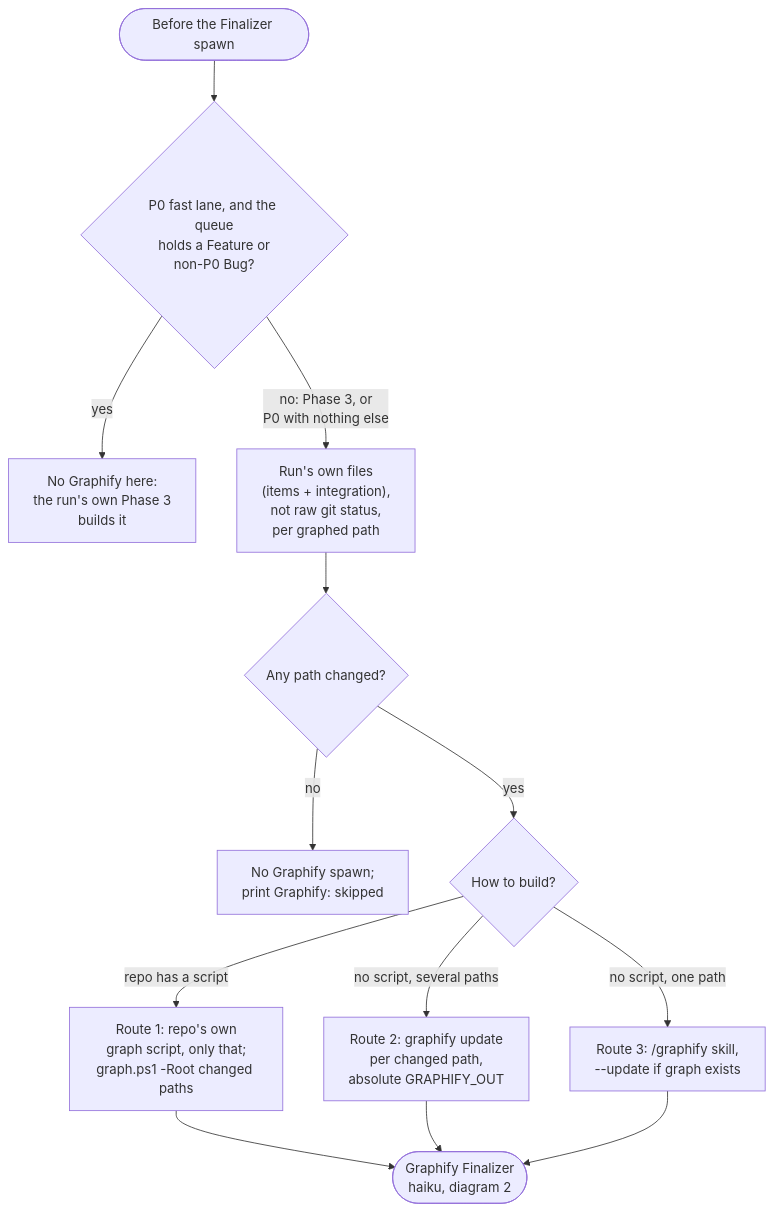
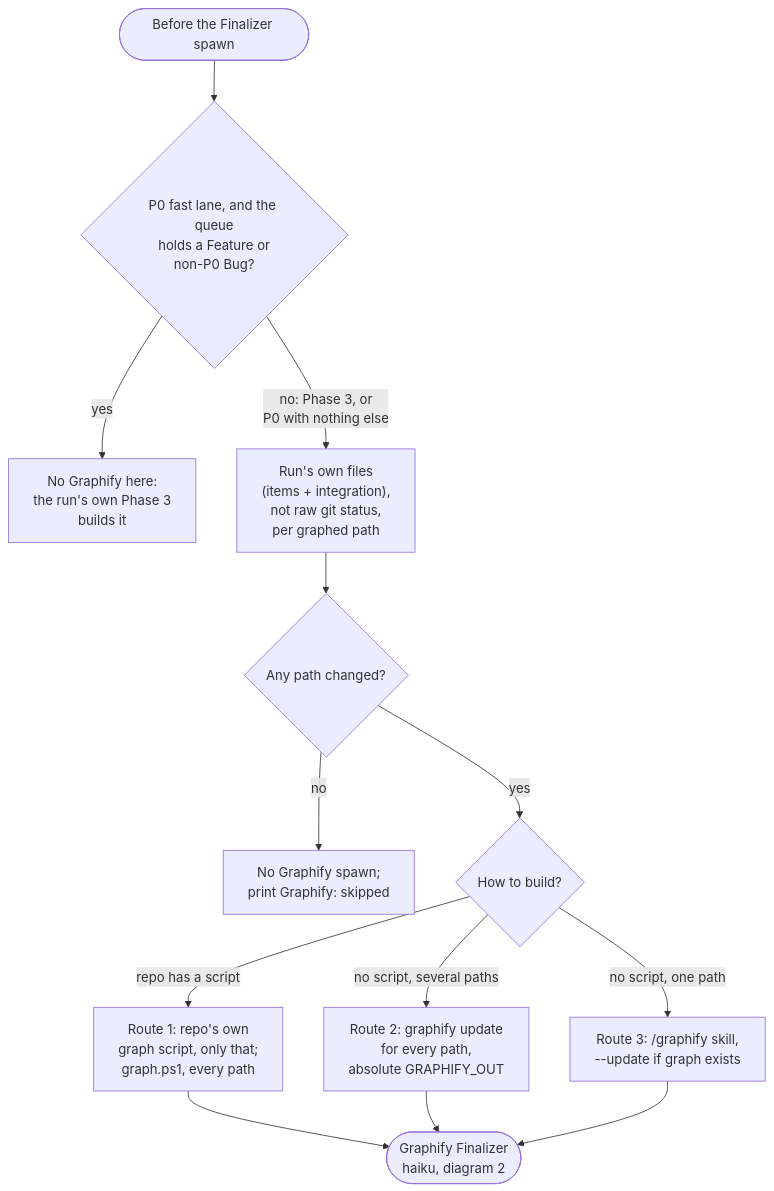
Before and after one commit to muhammedalikhan86/claude-stash: the first of 3 diagrams in skills/orchestrator-development-pattern/mermaid/06-phase3-finalization.md, drawn with Mermaid. The commit also changed 9 other files, not shown here.

First line of the commit message:
fix(graph): build every root of a component, never only the changed ones

````diff
--- a/skills/orchestrator-development-pattern/mermaid/06-phase3-finalization.md
+++ b/skills/orchestrator-development-pattern/mermaid/06-phase3-finalization.md
@@ -9,23 +9,23 @@
 ```mermaid
 flowchart TD
     In(["Before the Finalizer spawn"])
     Lane{"P0 fast lane, and the queue<br/>holds a Feature or<br/>non-P0 Bug?"}
     Later["No Graphify here:<br/>the run's own Phase 3<br/>builds it"]
     Status["Run's own files<br/>(items + integration),<br/>not raw git status,<br/>per graphed path"]
     Changed{"Any path changed?"}
     Skip["No Graphify spawn;<br/>print Graphify: skipped"]
     Route{"How to build?"}
-    R1["Route 1: repo's own<br/>graph script, only that;<br/>graph.ps1 -Root changed paths"]
-    R2["Route 2: graphify update<br/>per changed path,<br/>absolute GRAPHIFY_OUT"]
+    R1["Route 1: repo's own<br/>graph script, only that;<br/>graph.ps1, every path"]
+    R2["Route 2: graphify update<br/>for every path,<br/>absolute GRAPHIFY_OUT"]
     R3["Route 3: /graphify skill,<br/>--update if graph exists"]
     Spawn(["Graphify Finalizer<br/>haiku, diagram 2"])
 
     In --> Lane
     Lane -->|yes| Later
     Lane -->|"no: Phase 3, or<br/>P0 with nothing else"| Status --> Changed
     Changed -->|no| Skip
     Changed -->|yes| Route
     Route -->|"repo has a script"| R1 --> Spawn
     Route -->|"no script, several paths"| R2 --> Spawn
     Route -->|"no script, one path"| R3 --> Spawn
 ```
````
